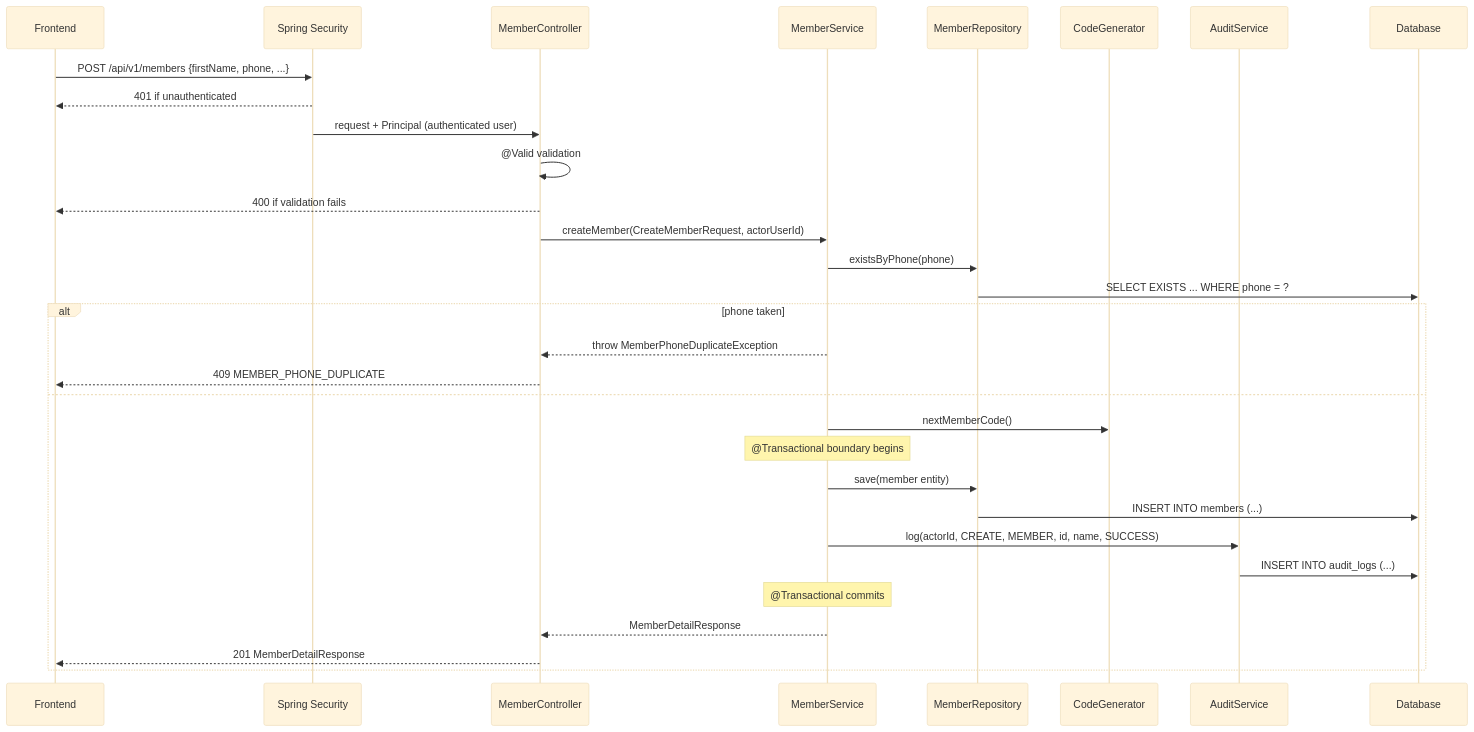
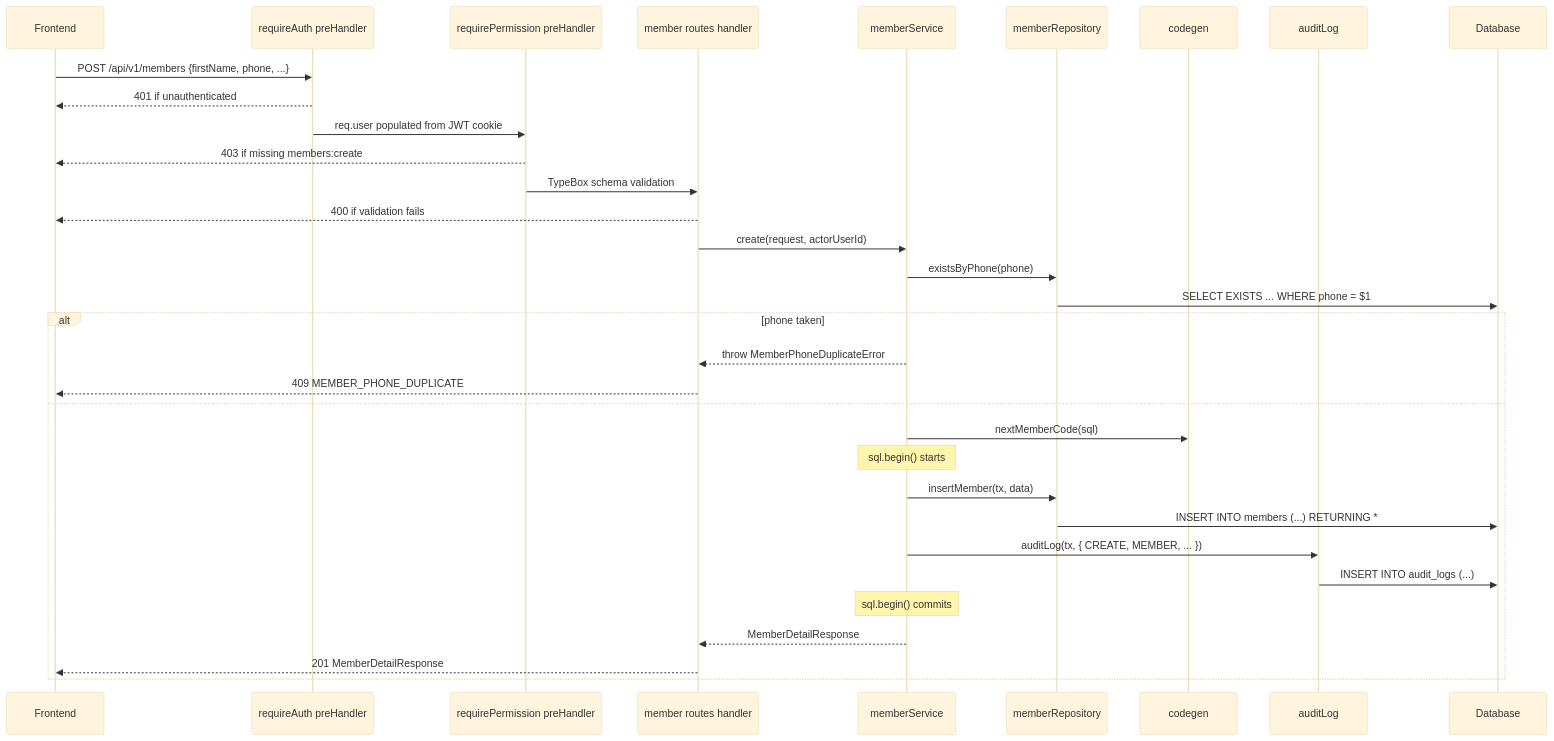
The first of 5 diagrams in backend/docs/06-backend-lld.md (sidpd51/gym-app), drawn with Mermaid (base theme) before and after one commit. The commit also changed other lines of this file and 5 other files, not shown here.

Commit message:
Migrate backend architecture documentation from Java to Node.js/Fastify

````diff
--- a/backend/docs/06-backend-lld.md
+++ b/backend/docs/06-backend-lld.md
@@ -685,34 +679,36 @@
 ```mermaid
 sequenceDiagram
     participant FE as Frontend
-    participant SC as Spring Security
-    participant C as MemberController
-    participant S as MemberService
-    participant R as MemberRepository
-    participant CG as CodeGenerator
-    participant A as AuditService
+    participant AH as requireAuth preHandler
+    participant PH as requirePermission preHandler
+    participant R as member routes handler
+    participant S as memberService
+    participant Repo as memberRepository
+    participant CG as codegen
+    participant A as auditLog
     participant DB as Database
 
-    FE->>SC: POST /api/v1/members {firstName, phone, ...}
-    SC-->>FE: 401 if unauthenticated
-    SC->>C: request + Principal (authenticated user)
-    C->>C: @Valid validation
-    C-->>FE: 400 if validation fails
-    C->>S: createMember(CreateMemberRequest, actorUserId)
-    S->>R: existsByPhone(phone)
-    R->>DB: SELECT EXISTS ... WHERE phone = ?
+    FE->>AH: POST /api/v1/members {firstName, phone, ...}
+    AH-->>FE: 401 if unauthenticated
+    AH->>PH: req.user populated from JWT cookie
+    PH-->>FE: 403 if missing members:create
+    PH->>R: TypeBox schema validation
+    R-->>FE: 400 if validation fails
+    R->>S: create(request, actorUserId)
+    S->>Repo: existsByPhone(phone)
+    Repo->>DB: SELECT EXISTS ... WHERE phone = $1
     alt phone taken
-        S-->>C: throw MemberPhoneDuplicateException
-        C-->>FE: 409 MEMBER_PHONE_DUPLICATE
+        S-->>R: throw MemberPhoneDuplicateError
+        R-->>FE: 409 MEMBER_PHONE_DUPLICATE
     else
-        S->>CG: nextMemberCode()
-        note over S: @Transactional boundary begins
-        S->>R: save(member entity)
-        R->>DB: INSERT INTO members (...)
-        S->>A: log(actorId, CREATE, MEMBER, id, name, SUCCESS)
+        S->>CG: nextMemberCode(sql)
+        note over S: sql.begin() starts
+        S->>Repo: insertMember(tx, data)
+        Repo->>DB: INSERT INTO members (...) RETURNING *
+        S->>A: auditLog(tx, { CREATE, MEMBER, ... })
         A->>DB: INSERT INTO audit_logs (...)
-        note over S: @Transactional commits
-        S-->>C: MemberDetailResponse
-        C-->>FE: 201 MemberDetailResponse
+        note over S: sql.begin() commits
+        S-->>R: MemberDetailResponse
+        R-->>FE: 201 MemberDetailResponse
     end
 ```
````
